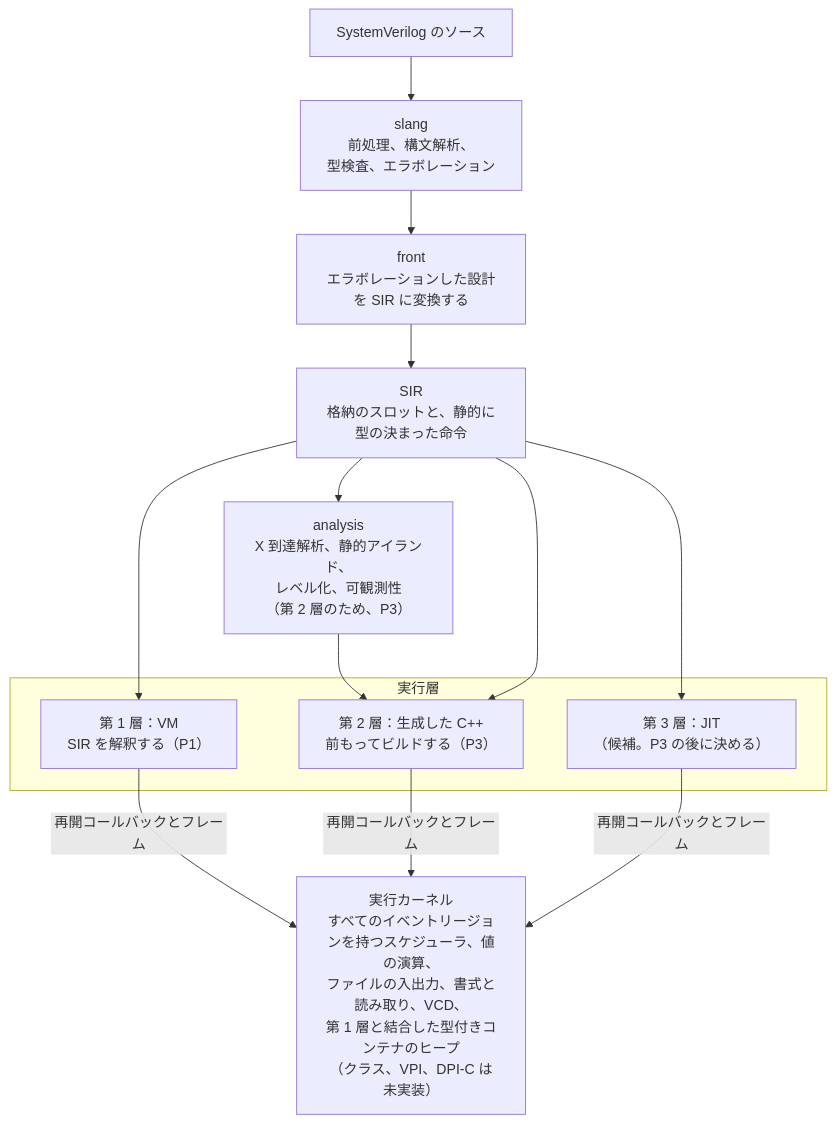
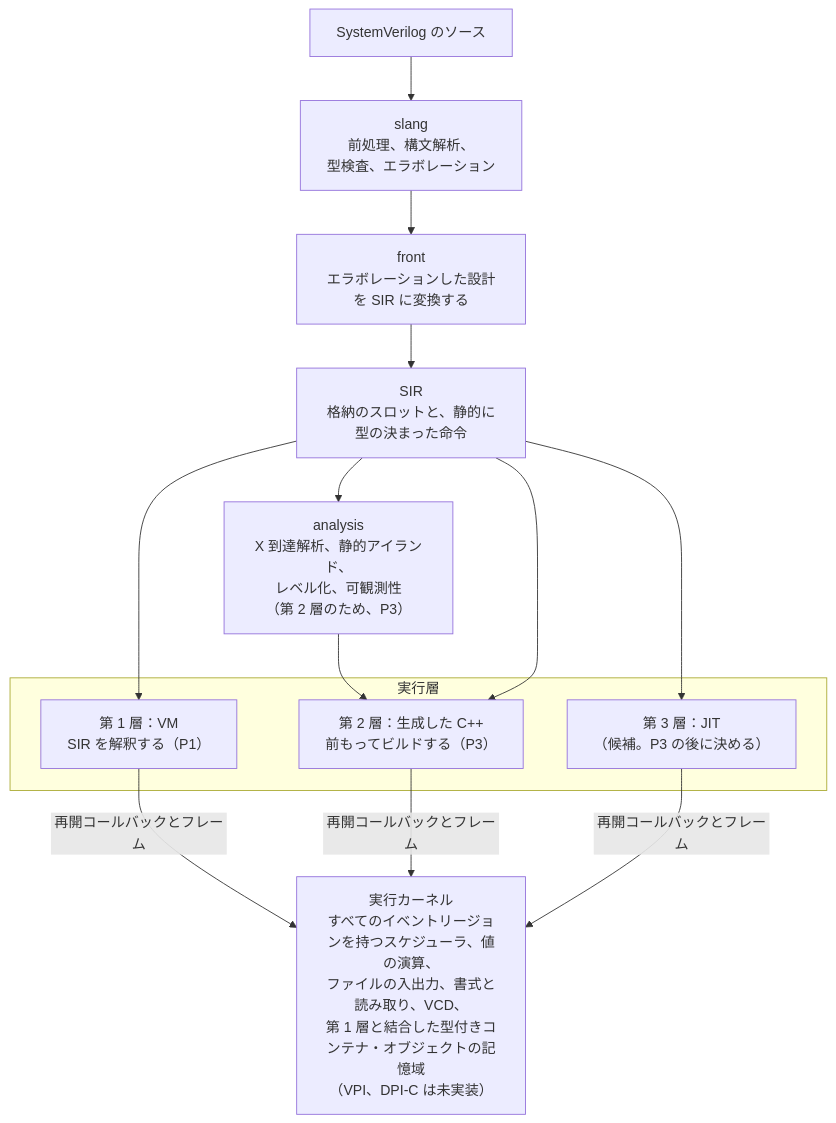
One commit to kurochan001/kirimasim changed the diagram in README.ja.md. Above: the diagram before and after it, drawn with Mermaid. The commit also changed other lines of this file and 23 other files, not shown here.

````diff
--- a/README.ja.md
+++ b/README.ja.md
@@ -582,22 +590,22 @@
 ```mermaid
 flowchart TD
     src["SystemVerilog のソース"]
     slang["slang<br/>前処理、構文解析、<br/>型検査、エラボレーション"]
     front["front<br/>エラボレーションした設計を SIR に変換する"]
     sir["SIR<br/>格納のスロットと、静的に型の決まった命令"]
     analysis["analysis<br/>X 到達解析、静的アイランド、<br/>レベル化、可観測性<br/>（第 2 層のため、P3）"]
     subgraph tiers["実行層"]
         t1["第 1 層：VM<br/>SIR を解釈する（P1）"]
         t2["第 2 層：生成した C++<br/>前もってビルドする（P3）"]
         t3["第 3 層：JIT<br/>（候補。P3 の後に決める）"]
     end
-    kernel["実行カーネル<br/>すべてのイベントリージョンを持つスケジューラ、値の演算、<br/>ファイルの入出力、書式と読み取り、VCD、<br/>第 1 層と結合した型付きコンテナのヒープ<br/>（クラス、VPI、DPI-C は未実装）"]
+    kernel["実行カーネル<br/>すべてのイベントリージョンを持つスケジューラ、値の演算、<br/>ファイルの入出力、書式と読み取り、VCD、<br/>第 1 層と結合した型付きコンテナ・オブジェクトの記憶域<br/>（VPI、DPI-C は未実装）"]
     src --> slang --> front --> sir
     sir --> t1
     sir --> analysis --> t2
     sir --> t2
     sir --> t3
     t1 -->|"再開コールバックとフレーム"| kernel
     t2 -->|"再開コールバックとフレーム"| kernel
     t3 -->|"再開コールバックとフレーム"| kernel
 ```
````
